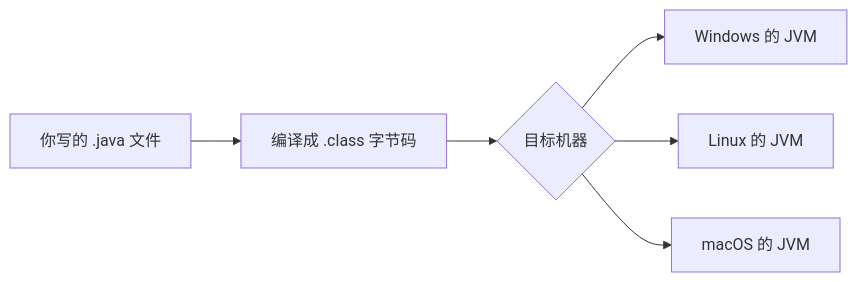
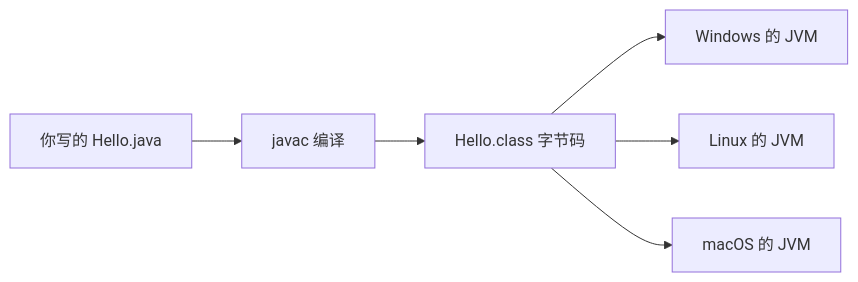
One commit to fanquanpp/FANDEX changed the diagram in cnt-content/full/012-java/010-WhatIsJava.md. Above: the diagram before and after it, drawn with Mermaid. The commit also changed other lines of this file and 52 other files, not shown here.

````diff
--- a/cnt-content/full/012-java/010-WhatIsJava.md
+++ b/cnt-content/full/012-java/010-WhatIsJava.md
@@ -25,8 +47,8 @@
 ```mermaid
 flowchart LR
-    A[你写的 .java 文件] --> B[编译成 .class 字节码]
-    B --> C{目标机器}
-    C --> D[Windows 的 JVM]
-    C --> E[Linux 的 JVM]
-    C --> F[macOS 的 JVM]
+    A["你写的 Hello.java"] --> B["javac 编译"]
+    B --> C["Hello.class 字节码"]
+    C --> D["Windows 的 JVM"]
+    C --> E["Linux 的 JVM"]
+    C --> F["macOS 的 JVM"]
 ```
````
